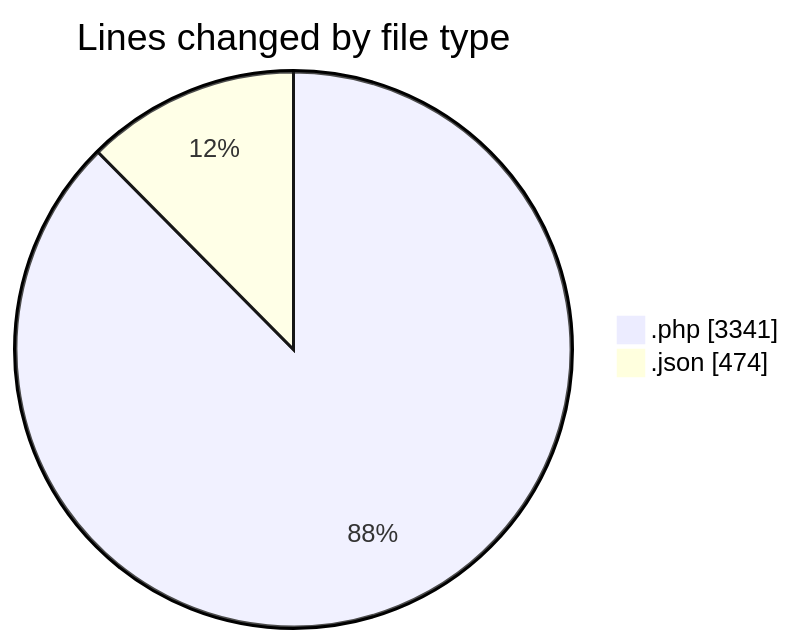
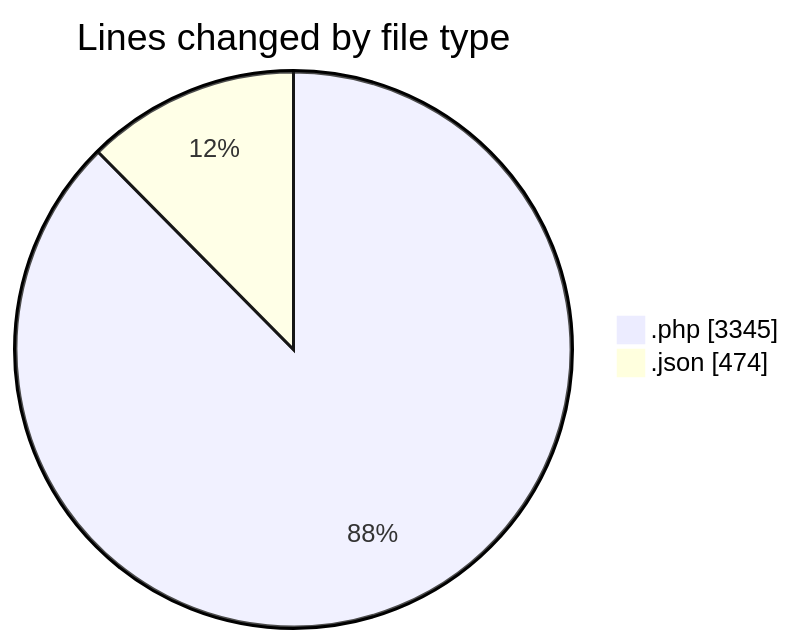
One commit to idhammustaqopulfikri/code-tracking changed the first of 2 diagrams in 2025-06-22/studio-backend/README.md. Above: the diagram before and after it, drawn with Mermaid. The commit also changed other lines of this file and 1 other file, not shown here.

````diff
--- a/2025-06-22/studio-backend/README.md
+++ b/2025-06-22/studio-backend/README.md
@@ -30,6 +30,6 @@
 ```mermaid
 pie showData
 title Lines changed by file type
-".php" : 3341
+".php" : 3345
 ".json" : 474
 ```
````
